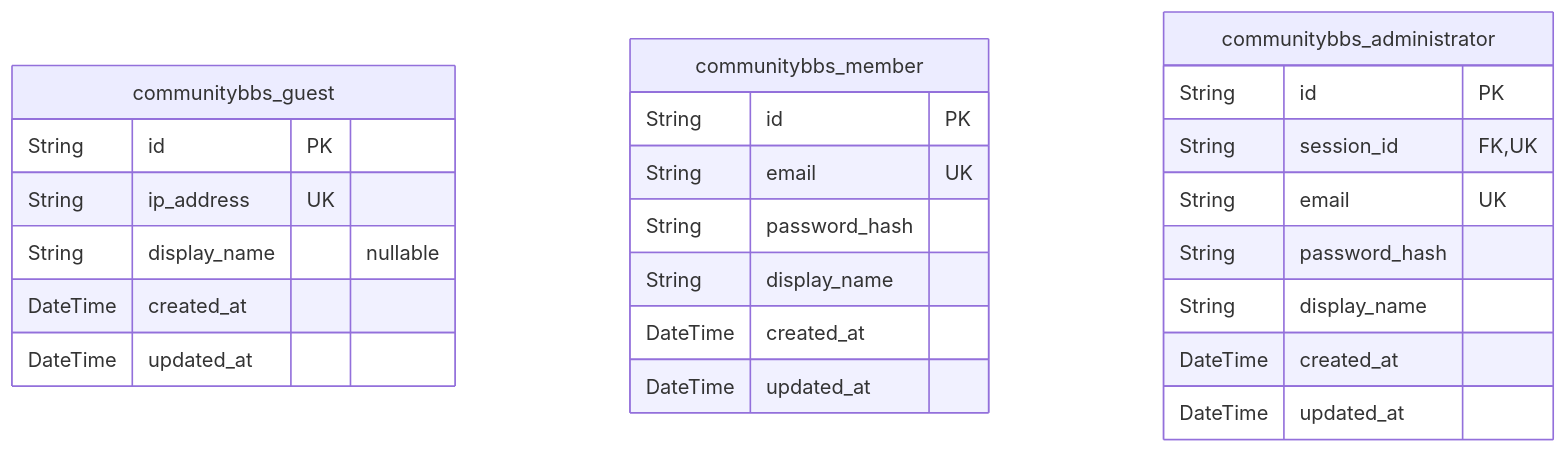
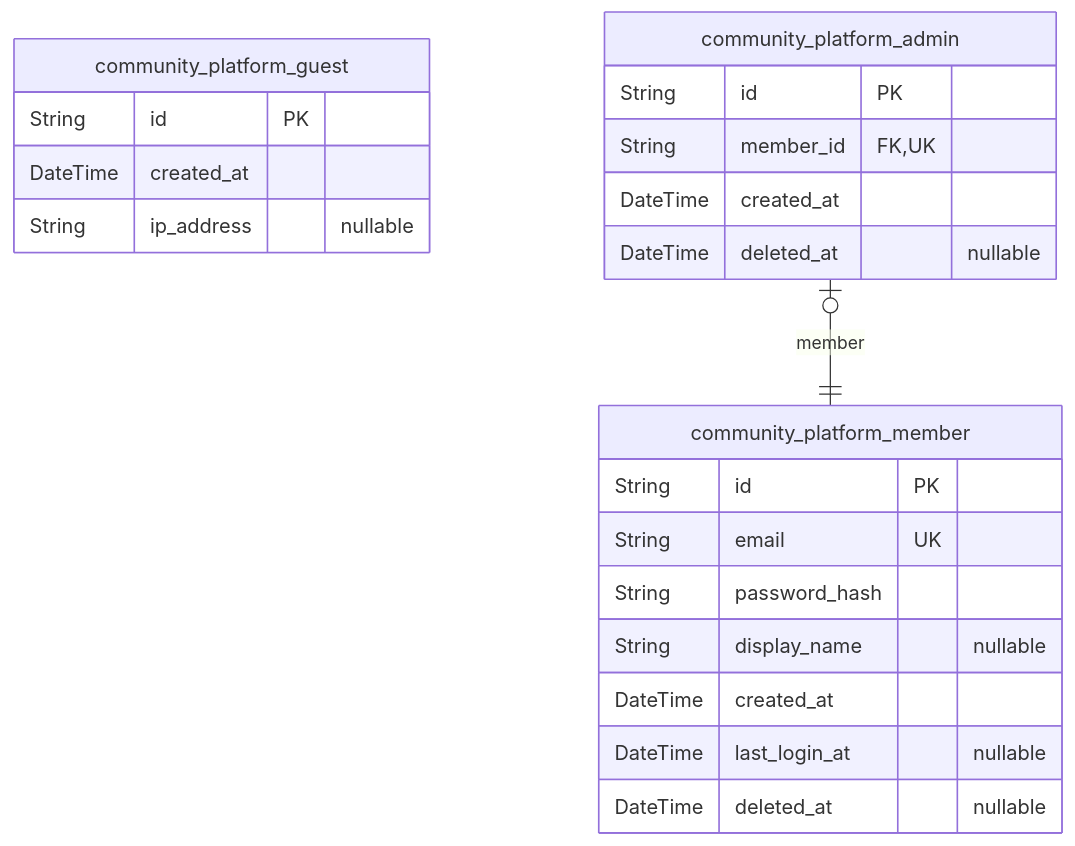
One commit to wrtnlabs/autobe-example-reddit-qwen-qwen3-next-80b-a3b-instruct changed the second of 8 diagrams in docs/ERD.md. Above: the diagram before and after it, drawn with Mermaid. The commit also changed other lines of this file and 472 other files, not shown here.

````diff
--- a/docs/ERD.md
+++ b/docs/ERD.md
@@ -75,27 +49,24 @@
 ```mermaid
 erDiagram
-"communitybbs_guest" {
+"community_platform_guest" {
   String id PK
-  String ip_address UK
-  String display_name "nullable"
   DateTime created_at
-  DateTime updated_at
+  String ip_address "nullable"
 }
-"communitybbs_member" {
+"community_platform_member" {
   String id PK
   String email UK
   String password_hash
-  String display_name
+  String display_name "nullable"
   DateTime created_at
-  DateTime updated_at
+  DateTime last_login_at "nullable"
+  DateTime deleted_at "nullable"
 }
-"communitybbs_administrator" {
+"community_platform_admin" {
   String id PK
-  String session_id FK,UK
-  String email UK
-  String password_hash
-  String display_name
+  String member_id FK,UK
   DateTime created_at
-  DateTime updated_at
+  DateTime deleted_at "nullable"
 }
+"community_platform_admin" |o--|| "community_platform_member" : member
 ```
````
